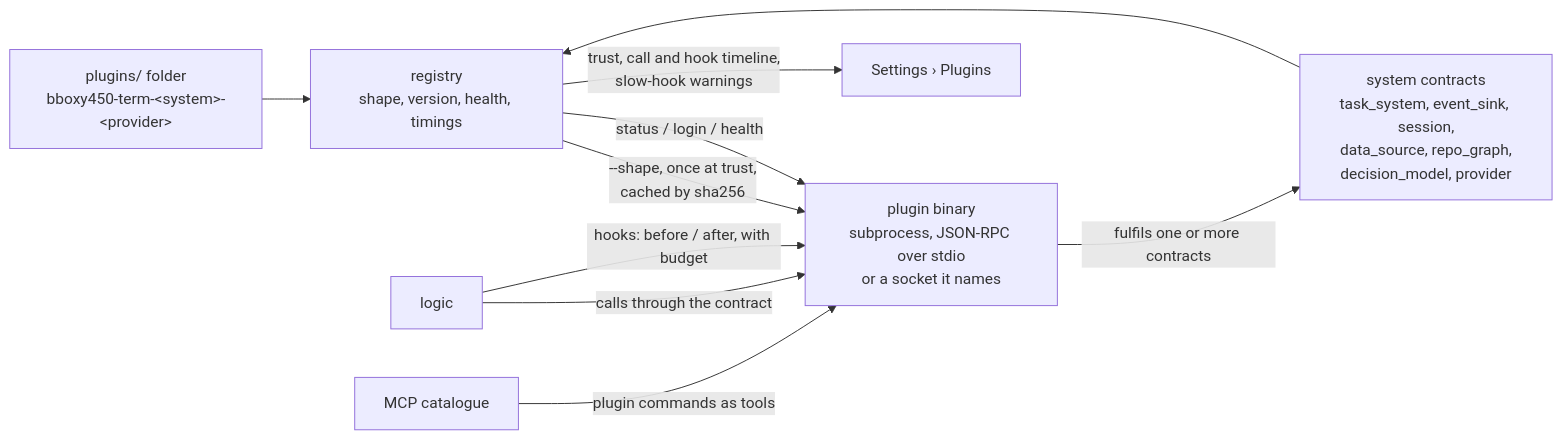
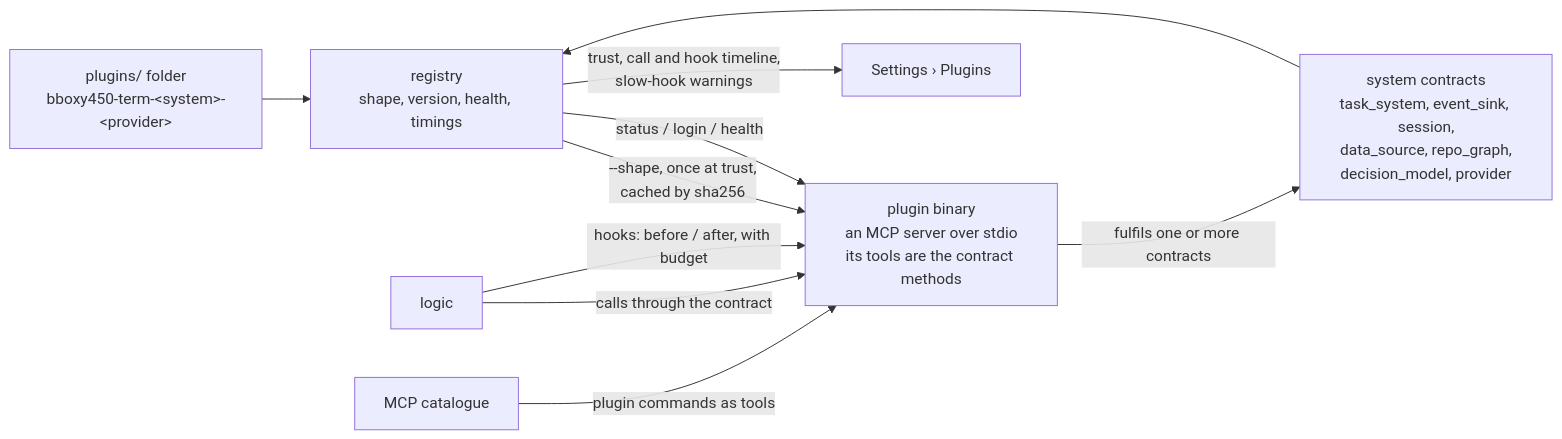
The diagram in .bboxy/specs/plugins.md (bboxy450/bboxy450-term), drawn with Mermaid before and after one commit. The commit also changed other lines of this file and 3 other files, not shown here.

Commit message:
plugins: revision 4a closes Seraph's #250, the resource-link read is scoped, the diagram and isolation say MCP and resource links, only P-0 has acceptance

````diff
--- a/.bboxy/specs/plugins.md
+++ b/.bboxy/specs/plugins.md
@@ -35,12 +35,12 @@
 ```mermaid
 flowchart LR
   F["plugins/ folder<br/>bboxy450-term-&lt;system&gt;-&lt;provider&gt;"] --> R["registry<br/>shape, version, health, timings"]
-  R -- "--shape, once at trust,<br/>cached by sha256" --> P["plugin binary<br/>subprocess, JSON-RPC over stdio<br/>or a socket it names"]
+  R -- "--shape, once at trust,<br/>cached by sha256" --> P["plugin binary<br/>an MCP server over stdio<br/>its tools are the contract methods"]
   R -- "status / login / health" --> P
   C["system contracts<br/>task_system, event_sink, session,<br/>data_source, repo_graph,<br/>decision_model, provider"] --> R
   P -- "fulfils one or more contracts" --> C
   L["logic"] -- "calls through the contract" --> P
   L -- "hooks: before / after, with budget" --> P
   M["MCP catalogue"] -- "plugin commands as tools" --> P
   R -- "trust, call and hook timeline,<br/>slow-hook warnings" --> UI["Settings › Plugins"]
 ```
````
